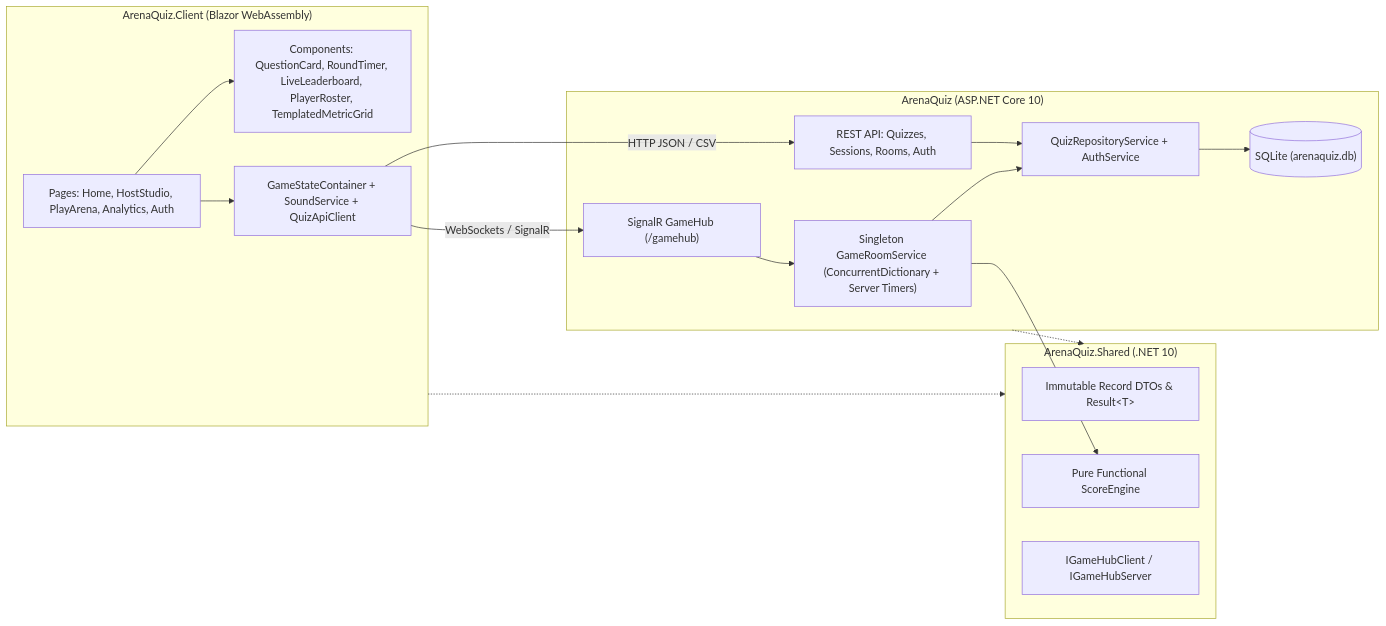
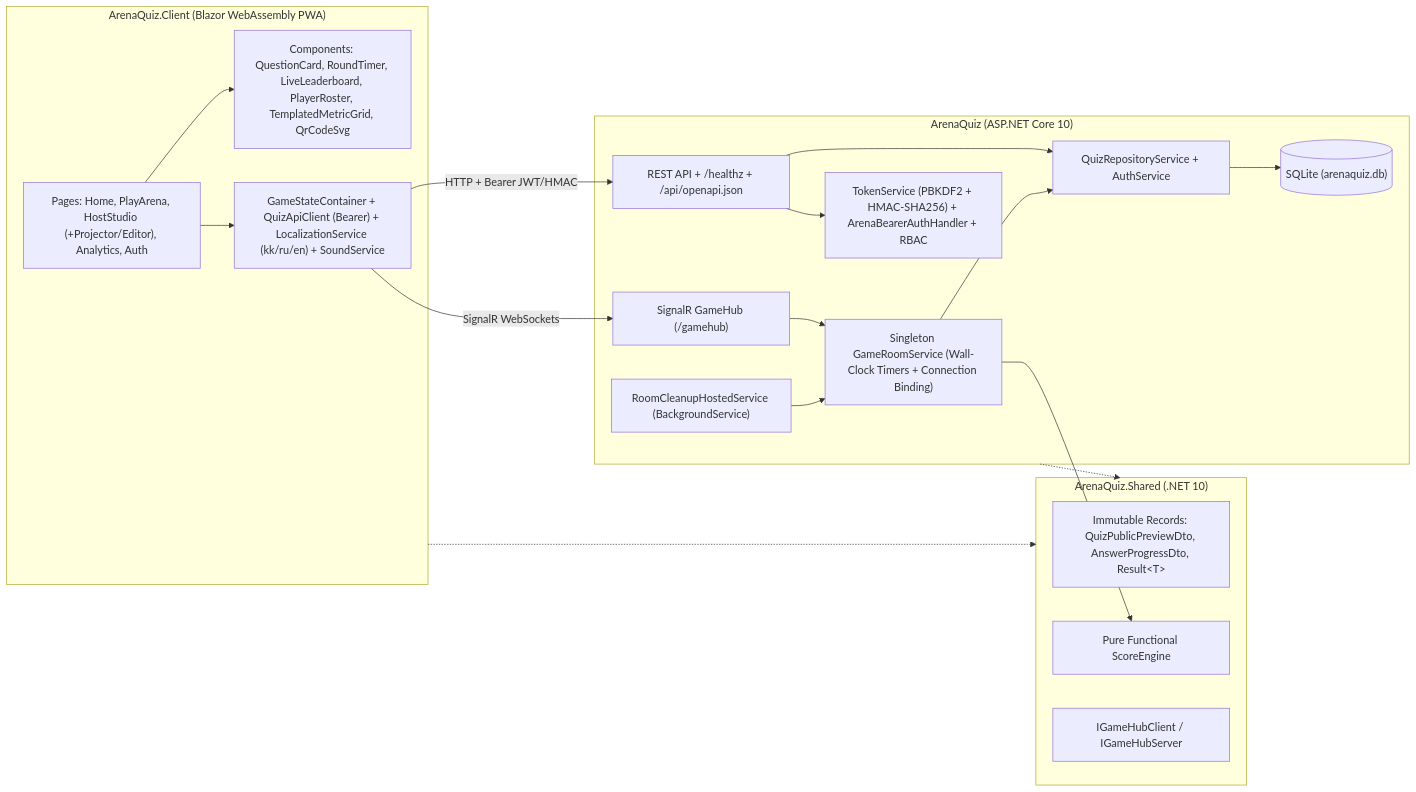
Before and after one commit to tamerlanaitpayev1-netizen/IFP-FINAL: the first of 3 diagrams in README.md, drawn with Mermaid. The commit also changed other lines of this file and 5 other files, not shown here.

Commit message:
test(security): add WebApplicationFactory RBAC/SignalR integration tests, bUnit QR tests, and HTML presentation

````diff
--- a/README.md
+++ b/README.md
@@ -19,34 +19,38 @@
 ```mermaid
 flowchart LR
-    subgraph Client["ArenaQuiz.Client (Blazor WebAssembly)"]
-        Pages["Pages: Home, HostStudio, PlayArena, Analytics, Auth"]
-        Components["Components: QuestionCard, RoundTimer, LiveLeaderboard, PlayerRoster, TemplatedMetricGrid"]
-        State["GameStateContainer + SoundService + QuizApiClient"]
+    subgraph Client["ArenaQuiz.Client (Blazor WebAssembly PWA)"]
+        Pages["Pages: Home, PlayArena, HostStudio (+Projector/Editor), Analytics, Auth"]
+        Components["Components: QuestionCard, RoundTimer, LiveLeaderboard, PlayerRoster, TemplatedMetricGrid, QrCodeSvg"]
+        ServicesClient["GameStateContainer + QuizApiClient (Bearer) + LocalizationService (kk/ru/en) + SoundService"]
     end
 
     subgraph Shared["ArenaQuiz.Shared (.NET 10)"]
-        DTO["Immutable Record DTOs & Result&lt;T&gt;"]
+        DTO["Immutable Records: QuizPublicPreviewDto, AnswerProgressDto, Result&lt;T&gt;"]
         Engine["Pure Functional ScoreEngine"]
         Contracts["IGameHubClient / IGameHubServer"]
     end
 
     subgraph Server["ArenaQuiz (ASP.NET Core 10)"]
+        Security["TokenService (PBKDF2 + HMAC-SHA256) + ArenaBearerAuthHandler + RBAC"]
         Hub["SignalR GameHub (/gamehub)"]
-        RoomSvc["Singleton GameRoomService (ConcurrentDictionary + Server Timers)"]
-        Controllers["REST API: Quizzes, Sessions, Rooms, Auth"]
+        RoomSvc["Singleton GameRoomService (Wall-Clock Timers + Connection Binding)"]
+        Cleanup["RoomCleanupHostedService (BackgroundService)"]
+        Controllers["REST API + /healthz + /api/openapi.json"]
         Repo["QuizRepositoryService + AuthService"]
         DB[("SQLite (arenaquiz.db)")]
     end
 
     Pages --> Components
-    Pages --> State
-    State -- "WebSockets / SignalR" --> Hub
-    State -- "HTTP JSON / CSV" --> Controllers
+    Pages --> ServicesClient
+    ServicesClient -- "SignalR WebSockets" --> Hub
+    ServicesClient -- "HTTP + Bearer JWT/HMAC" --> Controllers
+    Controllers --> Security
+    Controllers --> Repo
     Hub --> RoomSvc
+    Cleanup --> RoomSvc
     RoomSvc --> Engine
     RoomSvc --> Repo
-    Controllers --> Repo
     Repo --> DB
     Client -.-> Shared
     Server -.-> Shared
 ```
````
